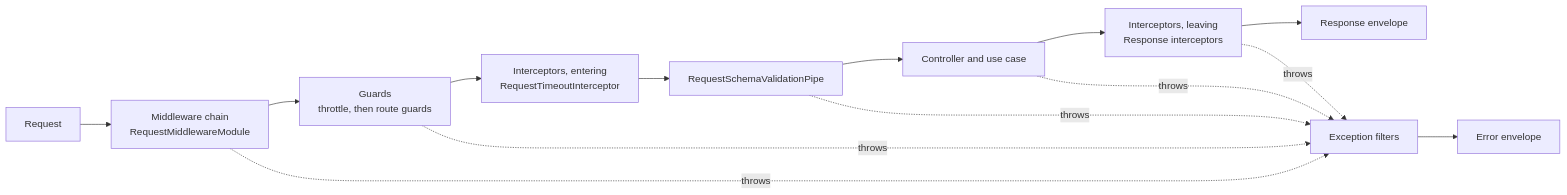
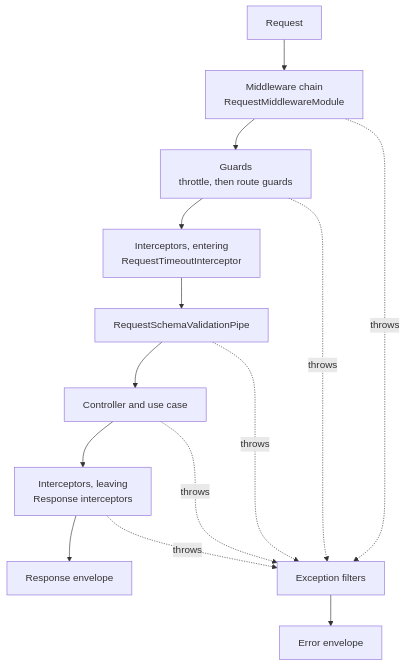
Before and after one commit to andrechristikan/ack-nestjs-boilerplate: the diagram in docs/concepts/request-pipeline.md, drawn with Mermaid. The commit also changed other lines of this file and 35 other files, not shown here.

Commit message:
docs: draw every diagram top to bottom and match each to its page

````diff
--- a/docs/concepts/request-pipeline.md
+++ b/docs/concepts/request-pipeline.md
@@ -35,16 +37,16 @@
 ```mermaid
-flowchart LR
+flowchart TB
     REQ["Request"] --> MW["Middleware chain<br/>RequestMiddlewareModule"]
     MW --> GUARD["Guards<br/>throttle, then route guards"]
     GUARD --> IN["Interceptors, entering<br/>RequestTimeoutInterceptor"]
     IN --> PIPE["RequestSchemaValidationPipe"]
     PIPE --> UC["Controller and use case"]
     UC --> OUT["Interceptors, leaving<br/>Response interceptors"]
     OUT --> RES["Response envelope"]
     MW -.->|throws| FILTER["Exception filters"]
     GUARD -.->|throws| FILTER
     PIPE -.->|throws| FILTER
     UC -.->|throws| FILTER
     OUT -.->|throws| FILTER
     FILTER --> ERR["Error envelope"]
 ```
````
